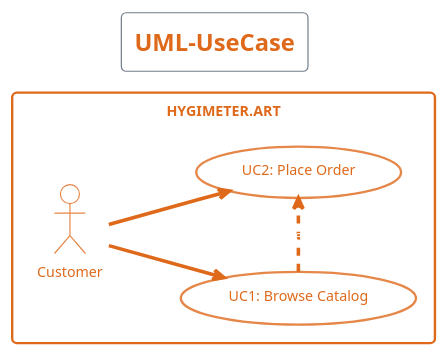
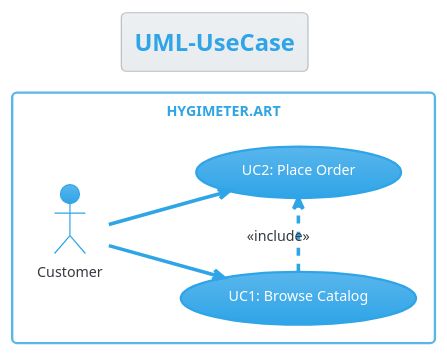
The diagram in 2-SoftwareDesign/2.7-PlantUML/UML-UseCase.puml (oleksandrblazhko/ai-212-majorova), drawn with PlantUML before and after one commit.

```diff
--- a/2-SoftwareDesign/2.7-PlantUML/UML-UseCase.puml
+++ b/2-SoftwareDesign/2.7-PlantUML/UML-UseCase.puml
@@ -1,17 +1,17 @@
 @startuml
-!theme superhero-outline
+!theme cerulean
 
 title UML-UseCase
 left to right direction
 rectangle HYGIMETER.ART {
    actor "Customer" as customer
 
    usecase "UC1: Browse Catalog" as BrowseCatalog
    usecase "UC2: Place Order" as PlaceOrder
 
    customer --> BrowseCatalog
    customer --> PlaceOrder
    BrowseCatalog .> PlaceOrder : <<include>>
 }
 
 @enduml
```
